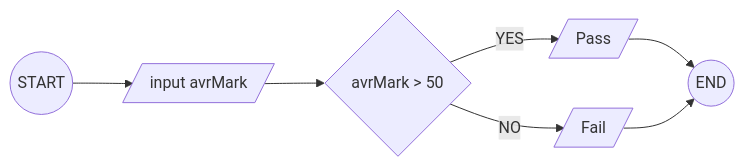
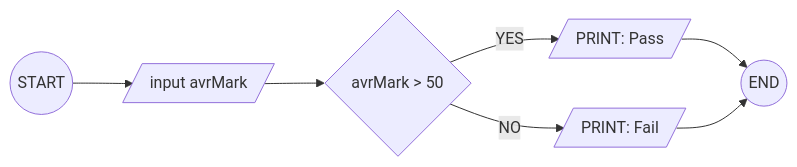
The first of 2 diagrams in Exercise8.md (ihabau/lexicon-WS-flowchats), drawn with Mermaid before and after one commit. The commit also changed other lines of this file and 11 other files, not shown here.

````diff
--- a/Exercise8.md
+++ b/Exercise8.md
@@ -26,6 +26,6 @@
 ```mermaid
 flowchart LR
 S((START)) --> IN[/input avrMark/]
-IN --> IF{avrMark > 50} -- YES --> OUTP[/Pass/] --> E((END))
-IF -- NO --> OUTF[/Fail/] --> E
+IN --> IF{avrMark > 50} -- YES --> OUTP[/PRINT: Pass/] --> E((END))
+IF -- NO --> OUTF[/PRINT: Fail/] --> E
 ```
````
